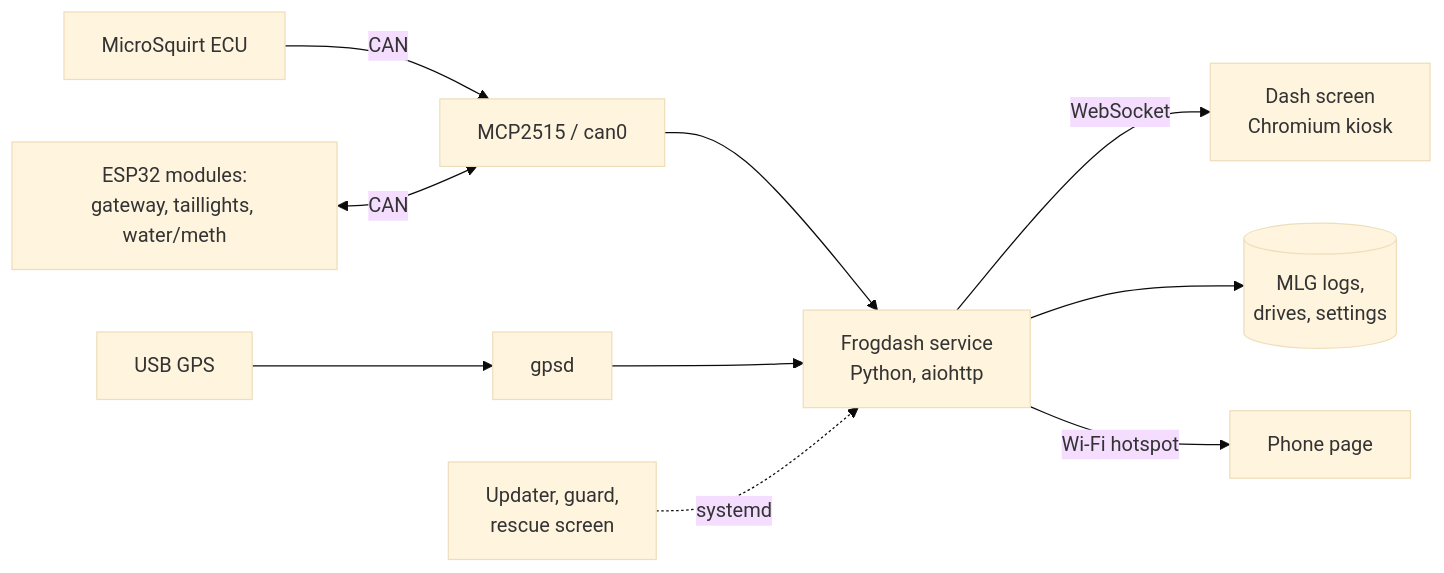
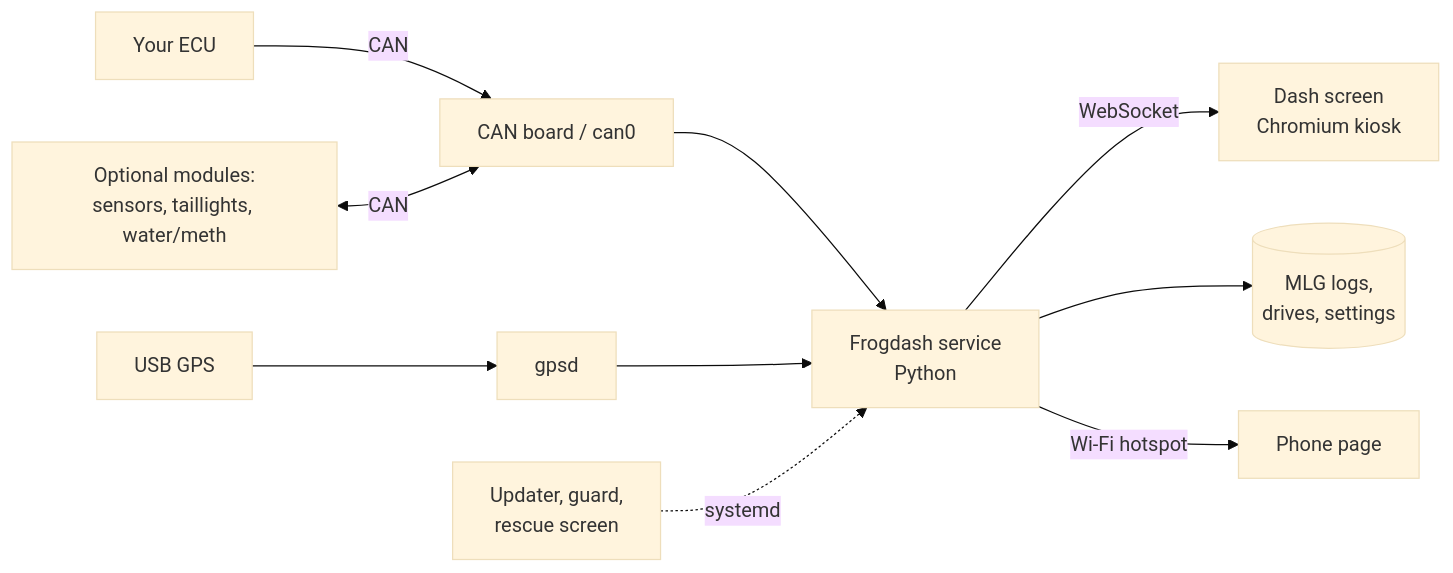
Before and after one commit to averyizatt/frogdash: the diagram in README.md, drawn with Mermaid (base theme). The commit also changed other lines of this file and 51 other files, not shown here.

First line of the commit message:
Frogdash 1.2: a dash for other cars: system profile, presets, ECU profiles

````diff
--- a/README.md
+++ b/README.md
@@ -147,12 +183,12 @@
 ```mermaid
 flowchart LR
-  ECU[MicroSquirt ECU] -- CAN --> MCP[MCP2515 / can0]
-  MOD[ESP32 modules:<br/>gateway, taillights, water/meth] <-- CAN --> MCP
+  ECU[Your ECU] -- CAN --> MCP[CAN board / can0]
+  MOD[Optional modules:<br/>sensors, taillights, water/meth] <-- CAN --> MCP
   GPS[USB GPS] --> GPSD[gpsd]
-  MCP --> SVC[Frogdash service<br/>Python, aiohttp]
+  MCP --> SVC[Frogdash service<br/>Python]
   GPSD --> SVC
   SVC -- WebSocket --> UI[Dash screen<br/>Chromium kiosk]
   SVC --> LOGS[(MLG logs,<br/>drives, settings)]
   SVC -- Wi-Fi hotspot --> PHONE[Phone page]
   UPD[Updater, guard,<br/>rescue screen] -. systemd .-> SVC
 ```
````
